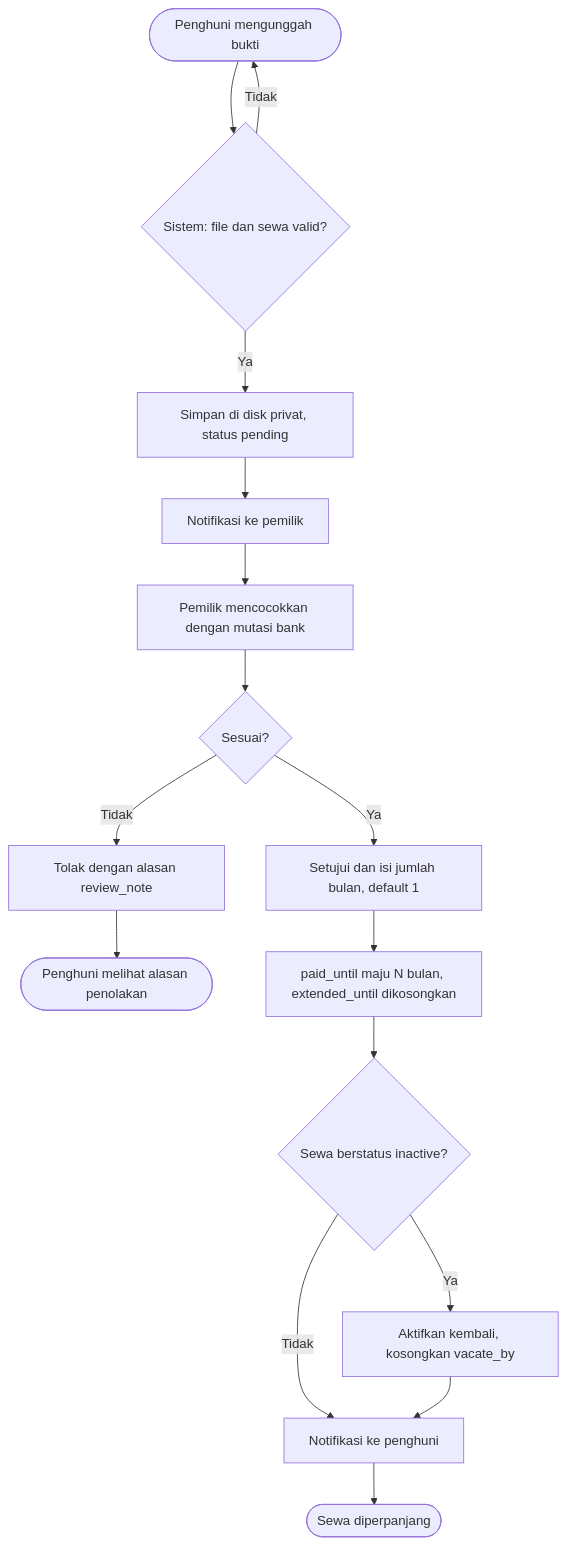
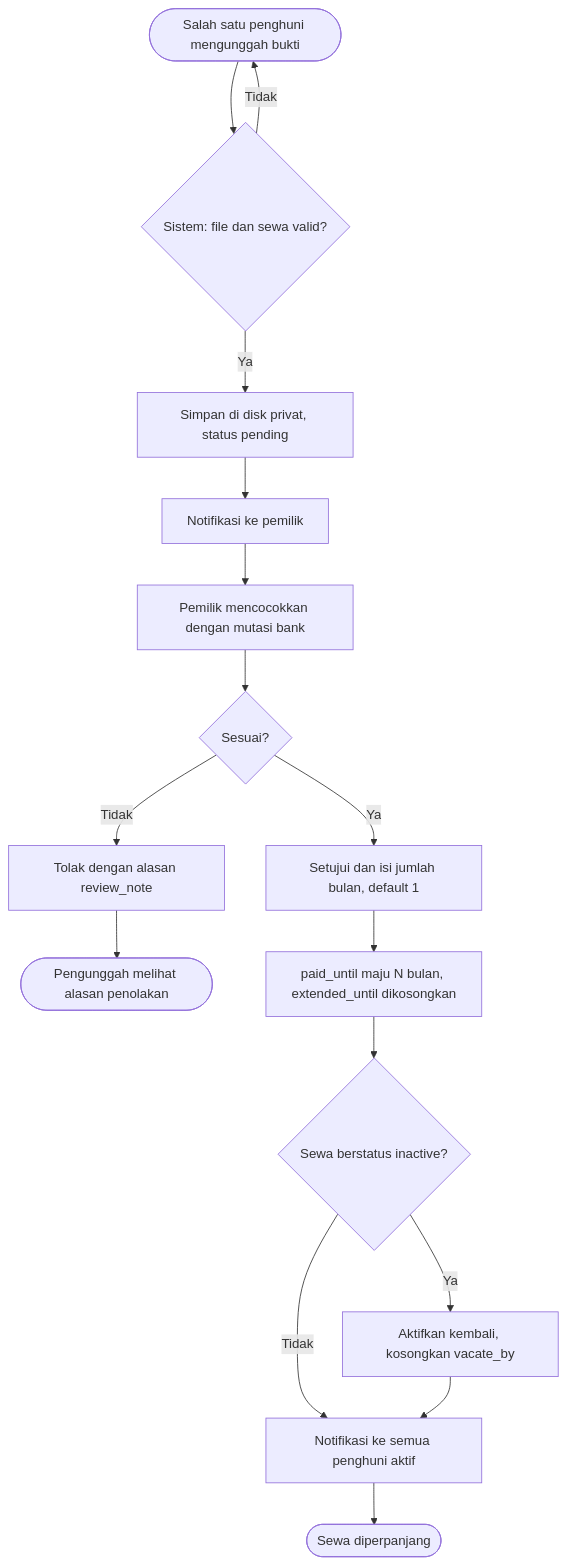
One commit to ANugroho186/kost36-app changed the third of 4 diagrams in docs/alur-bisnis.md. Above: the diagram before and after it, drawn with Mermaid. The commit also changed other lines of this file and 1 other file, not shown here.

Commit message:
docs: dukung dua penghuni per kamar dengan tabel tenancy_occupants

````diff
--- a/docs/alur-bisnis.md
+++ b/docs/alur-bisnis.md
@@ -69,18 +83,18 @@
 ```mermaid
 flowchart TD
-    A([Penghuni mengunggah bukti]) --> B{"Sistem: file dan sewa valid?"}
+    A([Salah satu penghuni mengunggah bukti]) --> B{"Sistem: file dan sewa valid?"}
     B -- Tidak --> A
     B -- Ya --> C["Simpan di disk privat, status pending"]
     C --> D[Notifikasi ke pemilik]
     D --> E[Pemilik mencocokkan dengan mutasi bank]
     E --> F{Sesuai?}
     F -- Tidak --> G["Tolak dengan alasan review_note"]
-    G --> H([Penghuni melihat alasan penolakan])
+    G --> H([Pengunggah melihat alasan penolakan])
     F -- Ya --> I["Setujui dan isi jumlah bulan, default 1"]
     I --> J["paid_until maju N bulan, extended_until dikosongkan"]
     J --> K{"Sewa berstatus inactive?"}
     K -- Ya --> L["Aktifkan kembali, kosongkan vacate_by"]
-    K -- Tidak --> M[Notifikasi ke penghuni]
+    K -- Tidak --> M[Notifikasi ke semua penghuni aktif]
     L --> M
     M --> N([Sewa diperpanjang])
 ```
````
